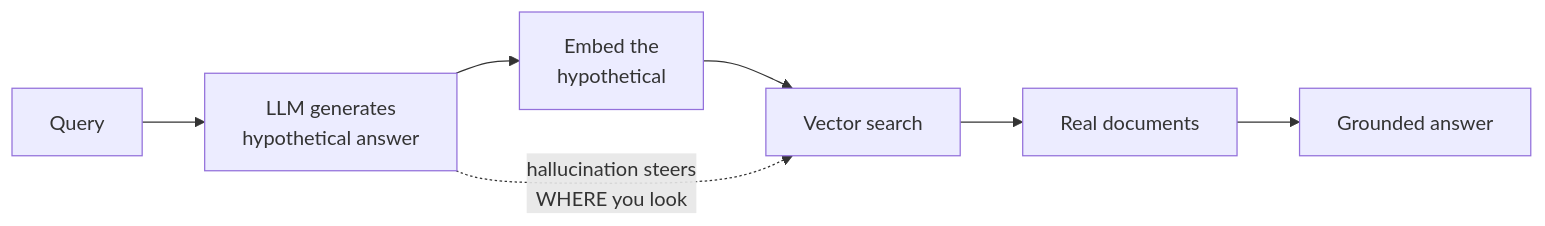
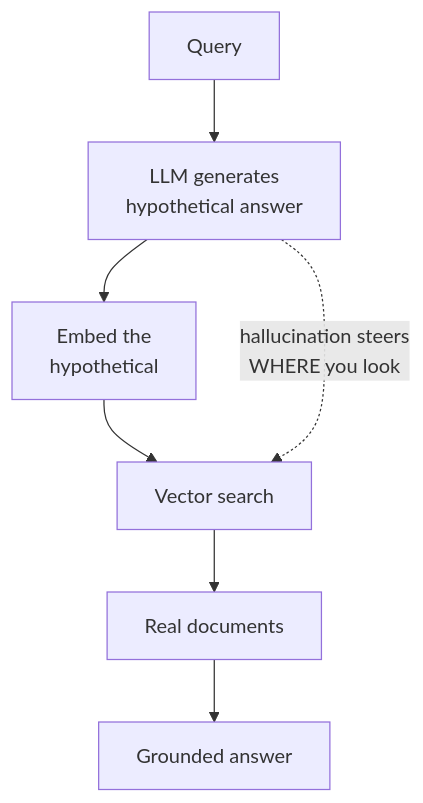
One commit to urmzd/urmzd.com changed the fourth of 4 diagrams in src/blog/rag-cant-die.md. Above: the diagram before and after it, drawn with Mermaid. The commit also changed other lines of this file, not shown here.

````diff
--- a/src/blog/rag-cant-die.md
+++ b/src/blog/rag-cant-die.md
@@ -178,9 +180,9 @@
 ```mermaid
-flowchart LR
+flowchart TD
     Q[Query] --> H[LLM generates<br/>hypothetical answer]
     H --> E[Embed the<br/>hypothetical]
     E --> S[Vector search]
     S --> D[Real documents]
     D --> A[Grounded answer]
     H -.->|hallucination steers<br/>WHERE you look| S
 ```
````
